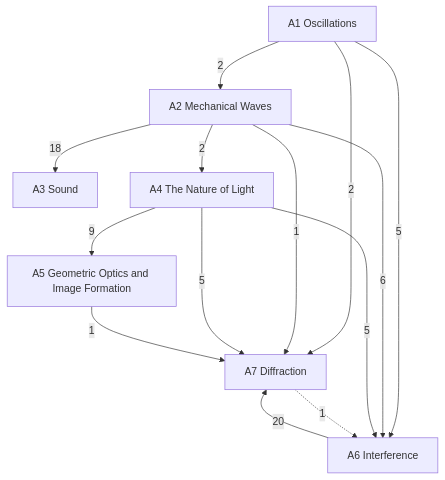
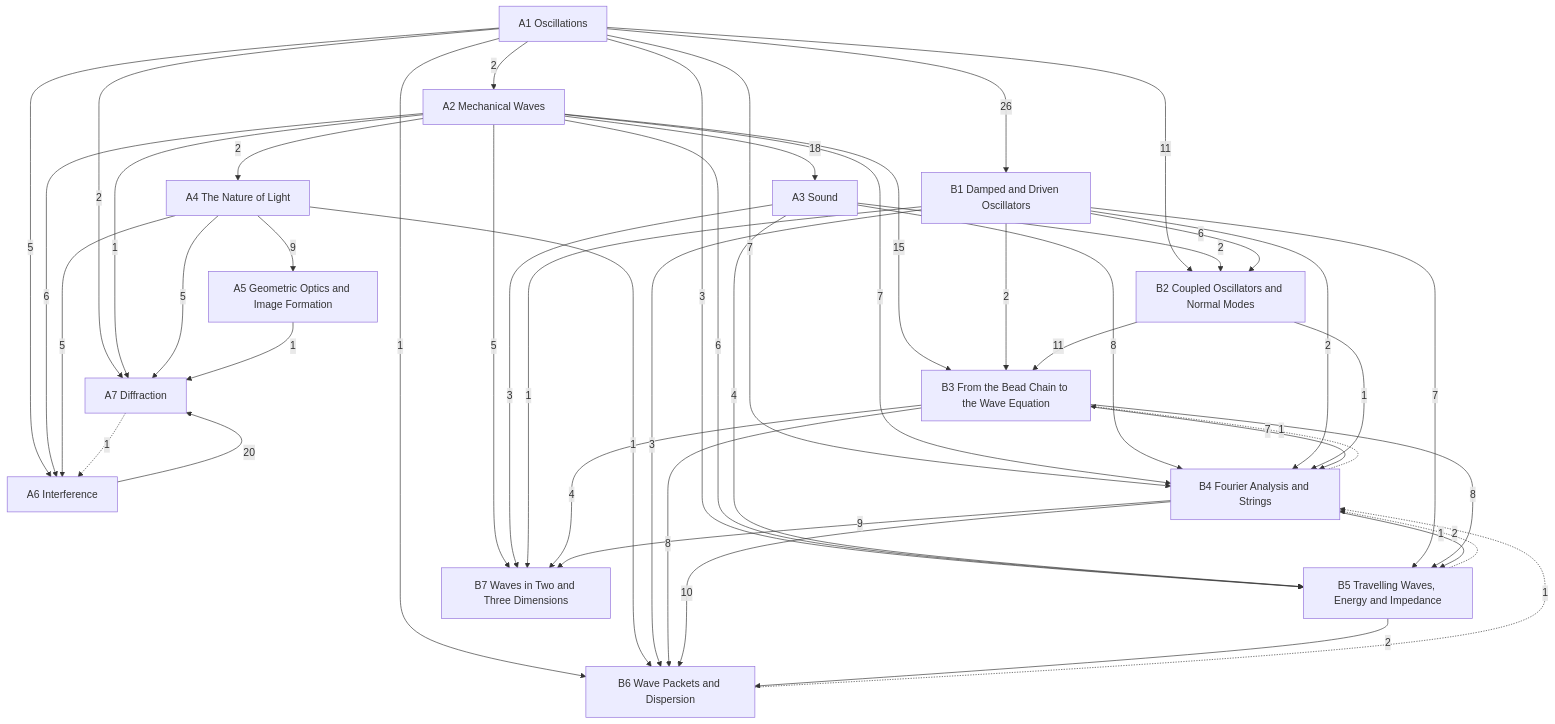
The diagram in Physics/Oscillations, Waves and Optics/Oscillations, Waves and Optics.md (Onion20040508/notes), drawn with Mermaid before and after one commit. The commit also changed other lines of this file and 19 other files, not shown here.

````diff
--- a/Physics/Oscillations, Waves and Optics/Oscillations, Waves and Optics.md
+++ b/Physics/Oscillations, Waves and Optics/Oscillations, Waves and Optics.md
@@ -26,23 +35,63 @@
 ```mermaid
 graph TD
   A1["A1 Oscillations"]
   A2["A2 Mechanical Waves"]
   A3["A3 Sound"]
   A4["A4 The Nature of Light"]
   A5["A5 Geometric Optics and Image Formation"]
   A6["A6 Interference"]
   A7["A7 Diffraction"]
+  B1["B1 Damped and Driven Oscillators"]
+  B2["B2 Coupled Oscillators and Normal Modes"]
+  B3["B3 From the Bead Chain to the Wave Equation"]
+  B4["B4 Fourier Analysis and Strings"]
+  B5["B5 Travelling Waves, Energy and Impedance"]
+  B6["B6 Wave Packets and Dispersion"]
+  B7["B7 Waves in Two and Three Dimensions"]
   A1 -->|2| A2
   A2 -->|18| A3
   A2 -->|2| A4
   A4 -->|9| A5
   A1 -->|5| A6
   A2 -->|6| A6
   A4 -->|5| A6
   A1 -->|2| A7
   A2 -->|1| A7
   A4 -->|5| A7
   A5 -->|1| A7
   A6 -->|20| A7
+  A1 -->|26| B1
+  A1 -->|11| B2
+  A3 -->|2| B2
+  B1 -->|6| B2
+  A2 -->|15| B3
+  B1 -->|2| B3
+  B2 -->|11| B3
+  A1 -->|7| B4
+  A2 -->|7| B4
+  A3 -->|8| B4
+  B1 -->|2| B4
+  B2 -->|1| B4
+  B3 -->|7| B4
+  A1 -->|3| B5
+  A2 -->|6| B5
+  A3 -->|4| B5
+  B1 -->|7| B5
+  B3 -->|8| B5
+  B4 -->|1| B5
+  A1 -->|1| B6
+  A4 -->|1| B6
+  B1 -->|3| B6
+  B3 -->|8| B6
+  B4 -->|10| B6
+  B5 -->|2| B6
+  A2 -->|5| B7
+  A3 -->|3| B7
+  B1 -->|1| B7
+  B3 -->|4| B7
+  B4 -->|9| B7
   A7 -.->|1| A6
+  B4 -.->|1| B3
+  B5 -.->|2| B4
+  B6 -.->|1| B4
 ```
````
